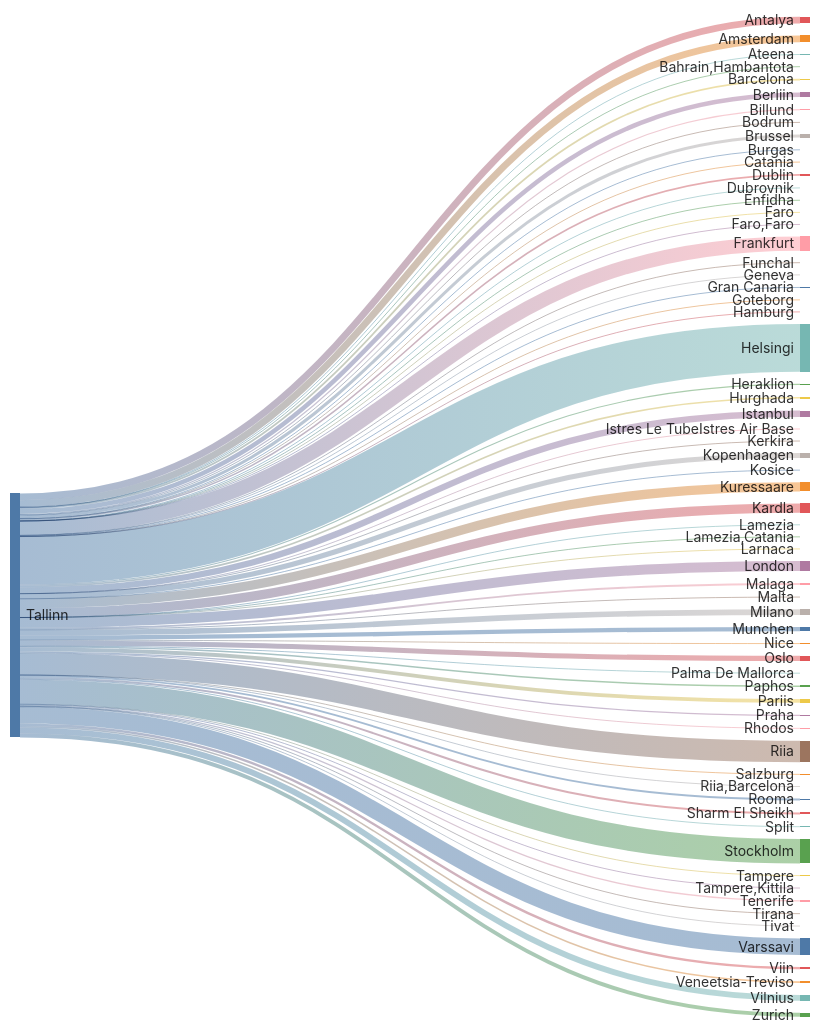
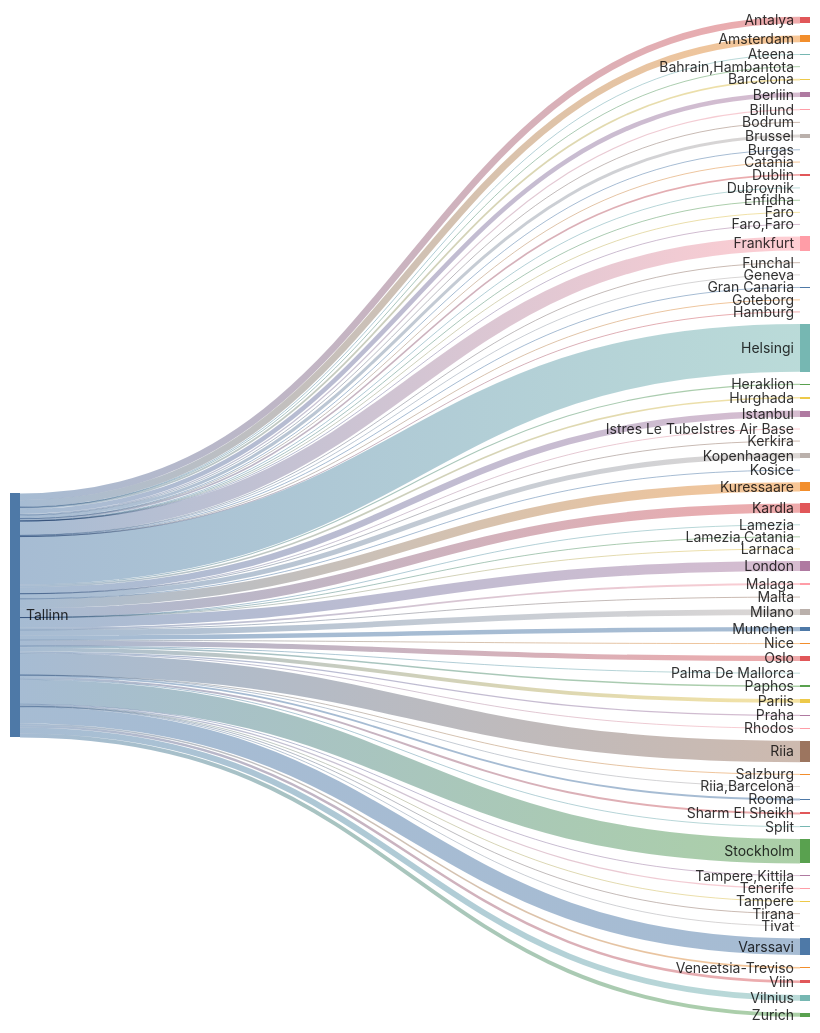
One commit to rainermesi/tll-airport-departures changed the second of 2 diagrams in README.md. Above: the diagram before and after it, drawn with Mermaid. The commit also changed other lines of this file, not shown here.

````diff
--- a/README.md
+++ b/README.md
@@ -34,77 +34,77 @@
 ```mermaid
 ---
 config:
   sankey:
     showValues: false
     width: 800
     height: 1000
 ---
 sankey-beta
 %% source,target,value
-Tallinn,Amsterdam,281
+Tallinn,Amsterdam,282
 Tallinn,Antalya,279
 Tallinn,Ateena,16
 Tallinn,"Bahrain,Hambantota",1
 Tallinn,Barcelona,73
-Tallinn,Berliin,189
+Tallinn,Berliin,190
 Tallinn,Billund,49
 Tallinn,Bodrum,11
 Tallinn,Brussel,126
 Tallinn,Burgas,21
 Tallinn,Catania,2
-Tallinn,Dublin,64
+Tallinn,Dublin,65
 Tallinn,Dubrovnik,21
 Tallinn,Enfidha,7
 Tallinn,Faro,4
 Tallinn,"Faro,Faro",1
-Tallinn,Frankfurt,585
+Tallinn,Frankfurt,587
 Tallinn,Funchal,5
-Tallinn,Geneva,11
+Tallinn,Geneva,12
 Tallinn,Gran Canaria,35
 Tallinn,Goteborg,1
-Tallinn,Hamburg,1
-Tallinn,Helsingi,1977
+Tallinn,Hamburg,2
+Tallinn,Helsingi,1983
 Tallinn,Heraklion,46
-Tallinn,Hurghada,67
-Tallinn,Istanbul,264
+Tallinn,Hurghada,69
+Tallinn,Istanbul,265
 Tallinn,Istres Le TubeIstres Air Base,2
 Tallinn,Kerkira,4
 Tallinn,Kopenhaagen,208
 Tallinn,Kosice,1
-Tallinn,Kuressaare,385
-Tallinn,Kardla,385
+Tallinn,Kuressaare,386
+Tallinn,Kardla,386
 Tallinn,Lamezia,1
 Tallinn,"Lamezia,Catania",3
 Tallinn,Larnaca,4
-Tallinn,London,414
+Tallinn,London,416
 Tallinn,Malaga,77
 Tallinn,Malta,15
-Tallinn,Milano,235
-Tallinn,Munchen,179
+Tallinn,Milano,236
+Tallinn,Munchen,180
 Tallinn,Nice,25
 Tallinn,Oslo,210
 Tallinn,Palma De Mallorca,19
 Tallinn,Paphos,63
 Tallinn,Pariis,157
 Tallinn,Praha,49
 Tallinn,Rhodos,32
-Tallinn,Riia,888
+Tallinn,Riia,892
 Tallinn,"Riia,Barcelona",1
 Tallinn,Rooma,77
-Tallinn,Salzburg,12
+Tallinn,Salzburg,13
 Tallinn,Sharm El Sheikh,83
 Tallinn,Split,25
-Tallinn,Stockholm,1007
+Tallinn,Stockholm,1010
 Tallinn,Tampere,17
-Tallinn,"Tampere,Kittila",18
+Tallinn,"Tampere,Kittila",19
 Tallinn,Tenerife,54
 Tallinn,Tirana,8
 Tallinn,Tivat,26
-Tallinn,Varssavi,682
+Tallinn,Varssavi,685
 Tallinn,Veneetsia-Treviso,64
-Tallinn,Viin,101
+Tallinn,Viin,102
 Tallinn,Vilnius,243
-Tallinn,Zurich,162
+Tallinn,Zurich,163
 
 
 ```
````
